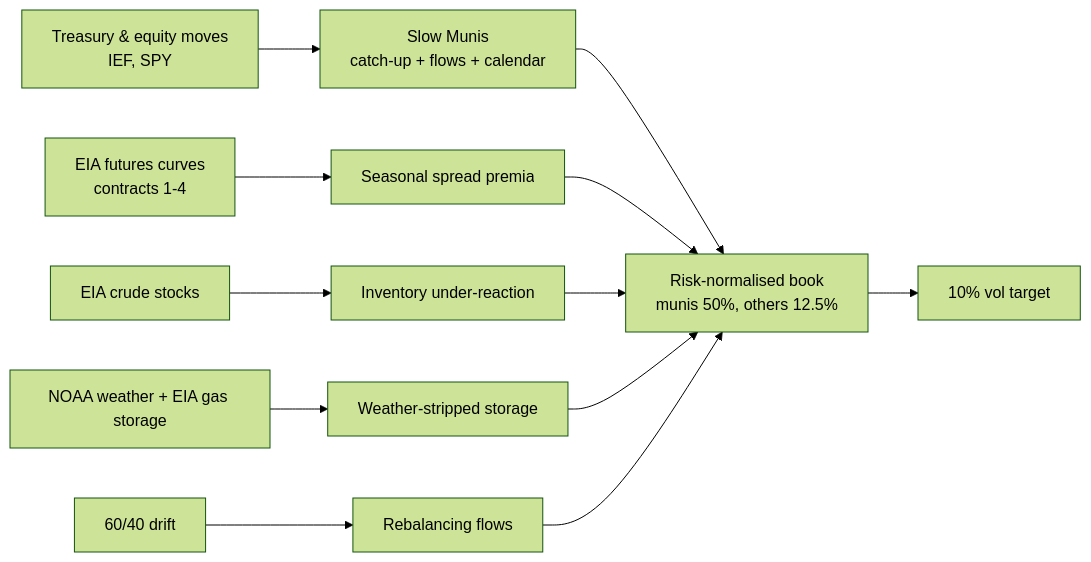
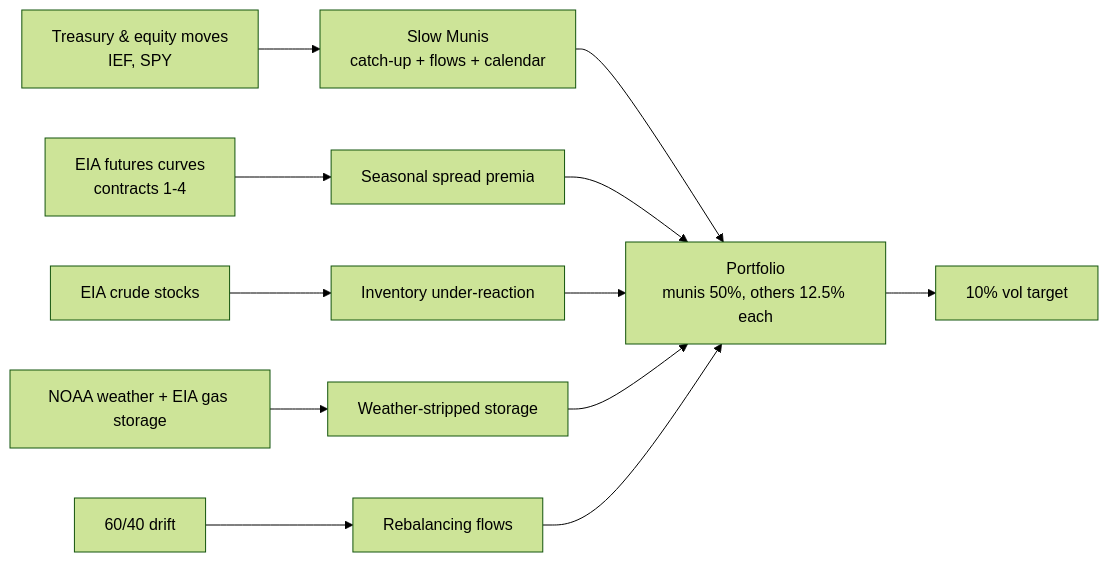
Before and after one commit to vibgyor22/muni-stale-price-macro: the diagram in README.md, drawn with Mermaid (forest theme). The commit also changed other lines of this file and 9 other files, not shown here.

````diff
--- a/README.md
+++ b/README.md
@@ -59,10 +75,10 @@
 ```mermaid
 flowchart LR
     A[Treasury & equity moves<br/>IEF, SPY] --> M[Slow Munis<br/>catch-up + flows + calendar]
     B[EIA futures curves<br/>contracts 1-4] --> E1[Seasonal spread premia]
     C[EIA crude stocks] --> E2[Inventory under-reaction]
     D[NOAA weather + EIA gas storage] --> G[Weather-stripped storage]
     F[60/40 drift] --> R[Rebalancing flows]
-    M & E1 & E2 & G & R --> P[Risk-normalised book<br/>munis 50%, others 12.5%]
+    M & E1 & E2 & G & R --> P[Portfolio<br/>munis 50%, others 12.5% each]
     P --> V[10% vol target]
 ```
````
